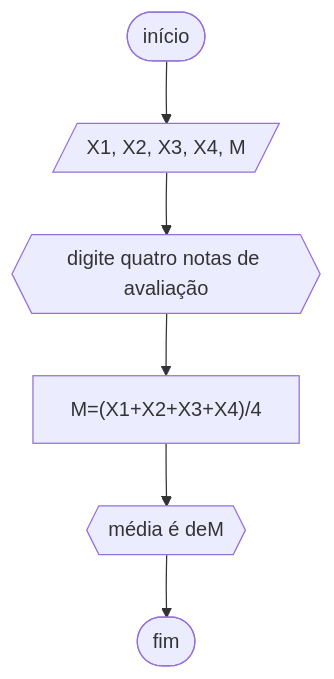
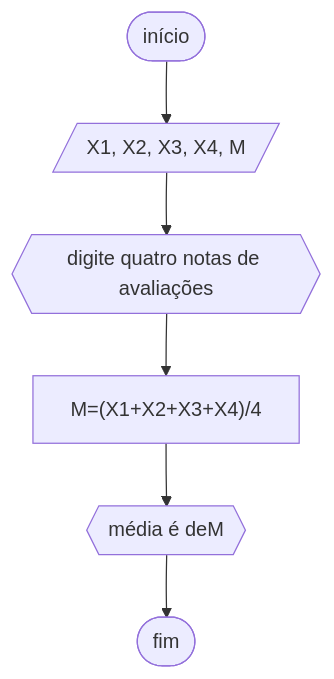
One commit to yeesusu/UNIFOR changed the first of 2 diagrams in RLA/RLA2/lista_exercício2.1.md. Above: the diagram before and after it, drawn with Mermaid.

````diff
--- a/RLA/RLA2/lista_exercício2.1.md
+++ b/RLA/RLA2/lista_exercício2.1.md
@@ -5,8 +5,8 @@
 ```mermaid
 flowchart TD
 A([início])-->B[/X1, X2, X3, X4,  M/]
-B-->C{{"digite quatro notas de avaliação"}}
+B-->C{{"digite quatro notas de avaliações"}}
 C-->D["M=(X1+X2+X3+X4)/4"]
 D-->F{{"média é de"M}}
 F-->Z([fim])
 ```
````
